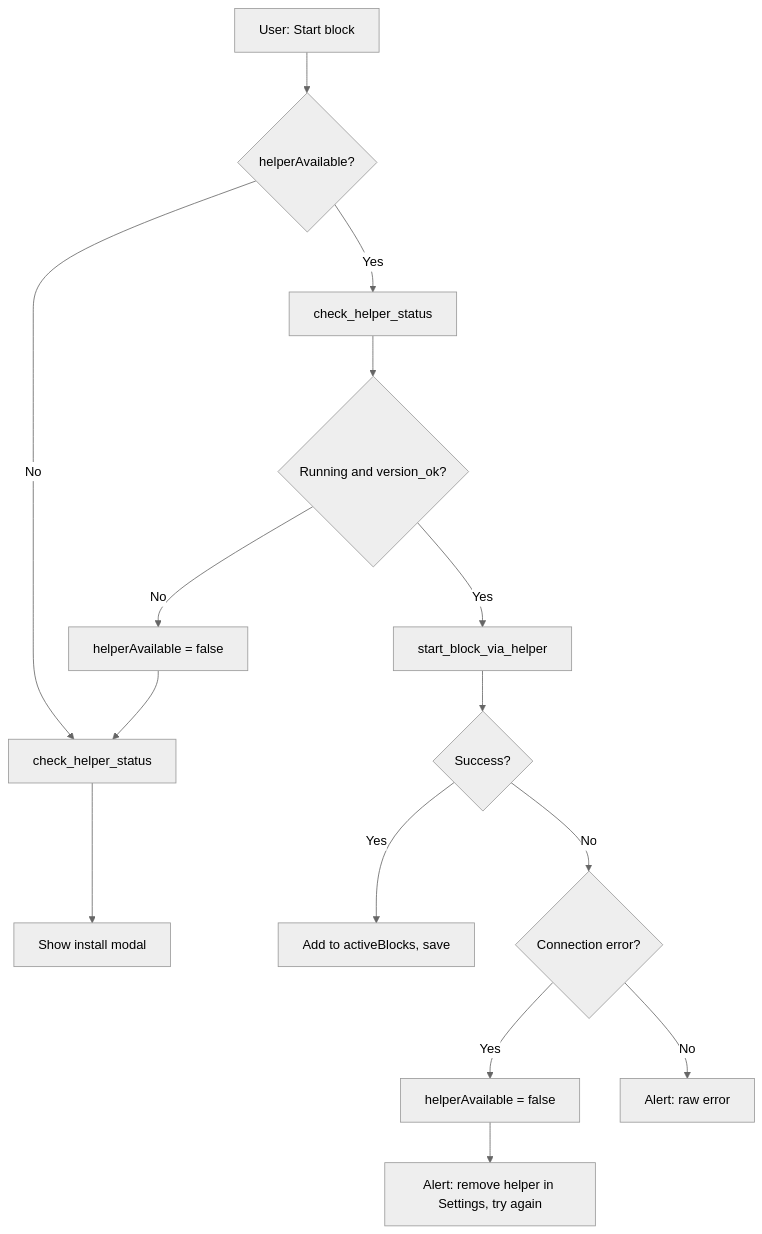
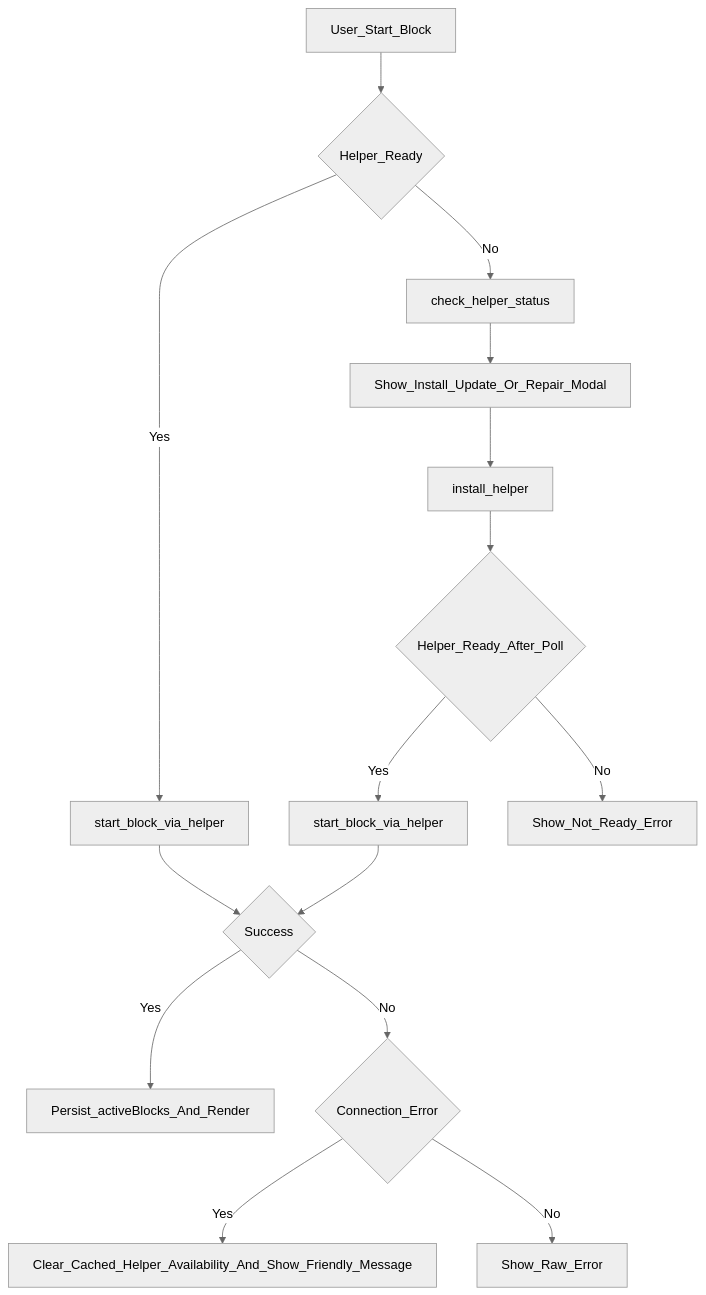
The eighth of 13 diagrams in architecture.md (kasnder/redd-block), drawn with Mermaid (neutral theme) before and after one commit. The commit also changed other lines of this file, not shown here.

````diff
--- a/architecture.md
+++ b/architecture.md
@@ -499,17 +624,17 @@
 ```mermaid
 flowchart TD
-    A[User: Start block] --> B{helperAvailable?}
-    B -->|Yes| C[check_helper_status]
-    C --> D{Running and version_ok?}
-    D -->|No| E[helperAvailable = false]
-    E --> F[check_helper_status]
-    F --> G[Show install modal]
-    D -->|Yes| H[start_block_via_helper]
-    B -->|No| F
-    H --> I{Success?}
-    I -->|Yes| J[Add to activeBlocks, save]
-    I -->|No| K{Connection error?}
-    K -->|Yes| L[helperAvailable = false]
-    L --> M[Alert: remove helper in Settings, try again]
-    K -->|No| N[Alert: raw error]
+    A[User_Start_Block] --> B{Helper_Ready}
+    B -->|Yes| C[start_block_via_helper]
+    B -->|No| D[check_helper_status]
+    D --> E[Show_Install_Update_Or_Repair_Modal]
+    E --> F[install_helper]
+    F --> G{Helper_Ready_After_Poll}
+    G -->|Yes| H[start_block_via_helper]
+    G -->|No| I[Show_Not_Ready_Error]
+    C --> J{Success}
+    H --> J
+    J -->|Yes| K[Persist_activeBlocks_And_Render]
+    J -->|No| L{Connection_Error}
+    L -->|Yes| M[Clear_Cached_Helper_Availability_And_Show_Friendly_Message]
+    L -->|No| N[Show_Raw_Error]
 ```
````
